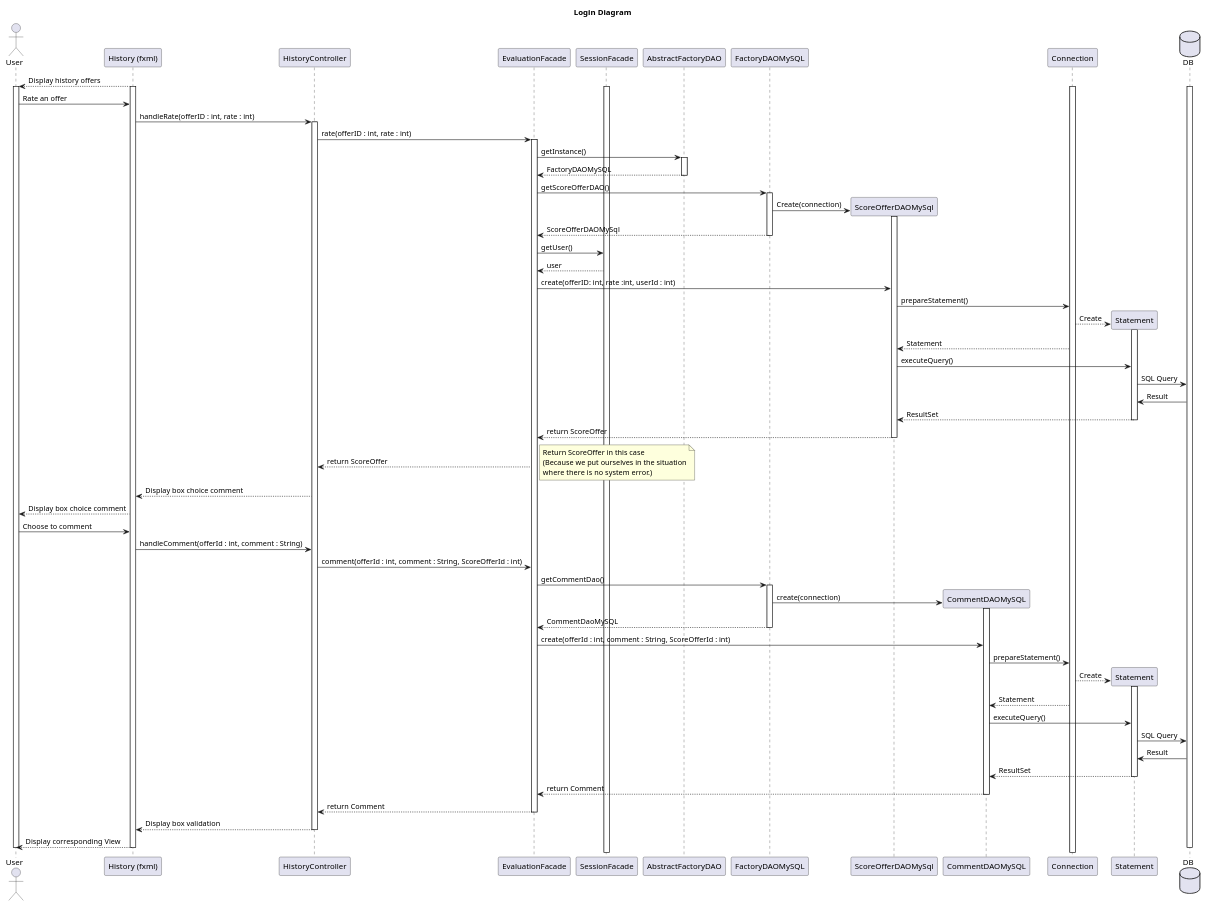
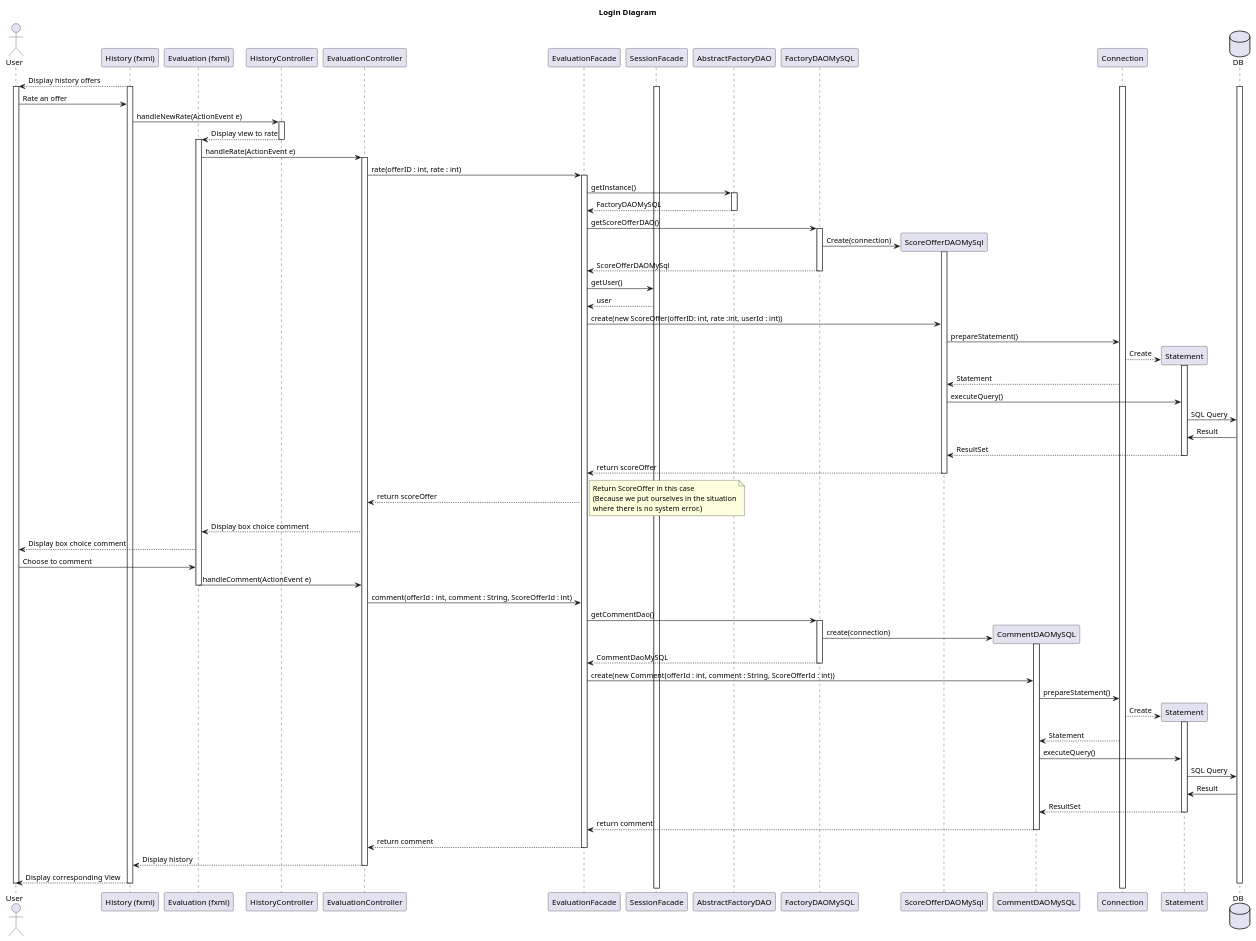
One commit to LaunoisRemy/ToolShare changed the diagram in documents/diagram/evaluation/evaluationSequence.puml. Above: the diagram before and after it, drawn with PlantUML. The commit also changed 1 other file, not shown here.

Commit message:
UML : Change evaluationClass and evaluationSequence

```diff
--- a/documents/diagram/evaluation/evaluationSequence.puml
+++ b/documents/diagram/evaluation/evaluationSequence.puml
@@ -1,139 +1,148 @@
 @startuml
 title Login Diagram
 
 actor User
 participant "History (fxml)"
+participant "Evaluation (fxml)" as evView
 participant HistoryController
+participant EvaluationController
 participant EvaluationFacade
 participant SessionFacade
 participant AbstractFactoryDAO
 participant FactoryDAOMySQL
 participant ScoreOfferDAOMySql
 participant CommentDAOMySQL
 participant Connection
 participant Statement
 database DB
 
 
 "History (fxml)"-->User: Display history offers
 
 activate "History (fxml)"
 activate User
 activate DB
 activate SessionFacade
 activate Connection
 
 User->"History (fxml)": Rate an offer
 
-"History (fxml)"->HistoryController: handleRate(offerID : int, rate : int)
+"History (fxml)"->HistoryController: handleNewRate(ActionEvent e)
 
 activate HistoryController
+HistoryController --> evView :  Display view to rate
+deactivate HistoryController
+activate evView
+evView -> EvaluationController : handleRate(ActionEvent e)
 
-HistoryController->EvaluationFacade: rate(offerID : int, rate : int)
+activate EvaluationController
+EvaluationController->EvaluationFacade: rate(offerID : int, rate : int)
 
 
 
 activate EvaluationFacade
 
 EvaluationFacade->AbstractFactoryDAO:getInstance()
 activate AbstractFactoryDAO
 
 
 AbstractFactoryDAO--> EvaluationFacade : FactoryDAOMySQL
 deactivate AbstractFactoryDAO
 
 EvaluationFacade -> FactoryDAOMySQL:getScoreOfferDAO()
 
 activate FactoryDAOMySQL
 
 FactoryDAOMySQL->ScoreOfferDAOMySql **:Create(connection)
 
 activate ScoreOfferDAOMySql
 FactoryDAOMySQL-->EvaluationFacade:ScoreOfferDAOMySql
 
 deactivate FactoryDAOMySQL
 EvaluationFacade -> SessionFacade : getUser()
 SessionFacade --> EvaluationFacade : user
-EvaluationFacade->ScoreOfferDAOMySql: create(offerID: int, rate :int, userId : int)
+EvaluationFacade->ScoreOfferDAOMySql: create(new ScoreOffer(offerID: int, rate :int, userId : int))
 
 ScoreOfferDAOMySql->Connection: prepareStatement()
 
 
 Connection-->Statement **: Create
 
 activate Statement
 
 Connection-->ScoreOfferDAOMySql: Statement
 
 
 
 ScoreOfferDAOMySql->Statement:executeQuery()
 
 Statement->DB: SQL Query
 
 DB->Statement:Result
 
 Statement-->ScoreOfferDAOMySql: ResultSet
 
 deactivate Statement
 
-ScoreOfferDAOMySql-->EvaluationFacade: return ScoreOffer
+ScoreOfferDAOMySql-->EvaluationFacade: return scoreOffer
 deactivate ScoreOfferDAOMySql
 
 
-EvaluationFacade --> HistoryController : return ScoreOffer
+EvaluationFacade --> EvaluationController : return scoreOffer
 note right
     Return ScoreOffer in this case
     (Because we put ourselves in the situation
     where there is no system error.)
 end note
 
 
 
-HistoryController-->"History (fxml)": Display box choice comment
-"History (fxml)" --> User : Display box choice comment
-User -> "History (fxml)" : Choose to comment
-"History (fxml)" -> HistoryController : handleComment(offerId : int, comment : String)
-HistoryController -> EvaluationFacade : comment(offerId : int, comment : String, ScoreOfferId : int)
+EvaluationController --> evView : Display box choice comment
+evView --> User : Display box choice comment
+User -> evView : Choose to comment
+evView -> EvaluationController : handleComment(ActionEvent e)
+deactivate evView
+EvaluationController -> EvaluationFacade : comment(offerId : int, comment : String, ScoreOfferId : int)
 EvaluationFacade -> FactoryDAOMySQL : getCommentDao()
 activate FactoryDAOMySQL
 FactoryDAOMySQL -> CommentDAOMySQL **: create(connection)
 activate CommentDAOMySQL
 FactoryDAOMySQL --> EvaluationFacade : CommentDaoMySQL
 deactivate FactoryDAOMySQL
-EvaluationFacade -> CommentDAOMySQL : create(offerId : int, comment : String, ScoreOfferId : int)
+EvaluationFacade -> CommentDAOMySQL : create(new Comment(offerId : int, comment : String, ScoreOfferId : int))
 
 CommentDAOMySQL->Connection: prepareStatement()
 
 Connection-->Statement **: Create
 
 activate Statement
 
 Connection-->CommentDAOMySQL: Statement
 
 
 CommentDAOMySQL->Statement:executeQuery()
 
 Statement->DB: SQL Query
 
 DB->Statement:Result
 
 Statement-->CommentDAOMySQL: ResultSet
 
 deactivate Statement
-CommentDAOMySQL --> EvaluationFacade : return Comment
+CommentDAOMySQL --> EvaluationFacade : return comment
 deactivate CommentDAOMySQL
-EvaluationFacade --> HistoryController : return Comment
+EvaluationFacade --> EvaluationController : return comment
 deactivate EvaluationFacade
-HistoryController --> "History (fxml)" : Display box validation
-
+EvaluationController --> "History (fxml)" : Display history
+deactivate EvaluationController
 deactivate EvaluationFacade
 
 deactivate HistoryController
 
-"History (fxml)"-->User: Display corresponding View
+"History (fxml)" --> User: Display corresponding View
+
 deactivate "History (fxml)"
 deactivate DB
 deactivate User
 
 @enduml
```
